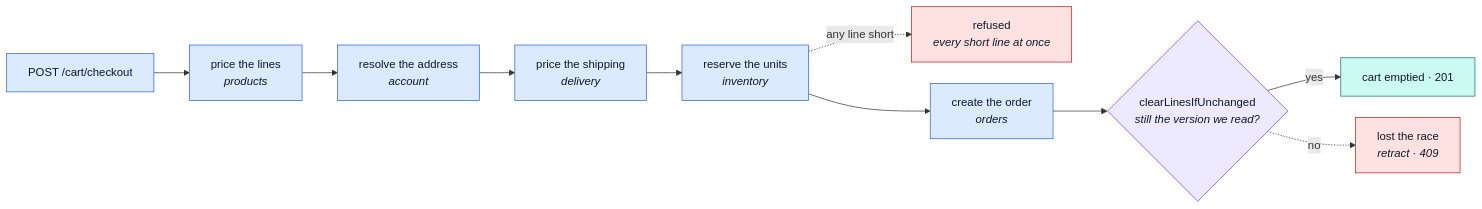
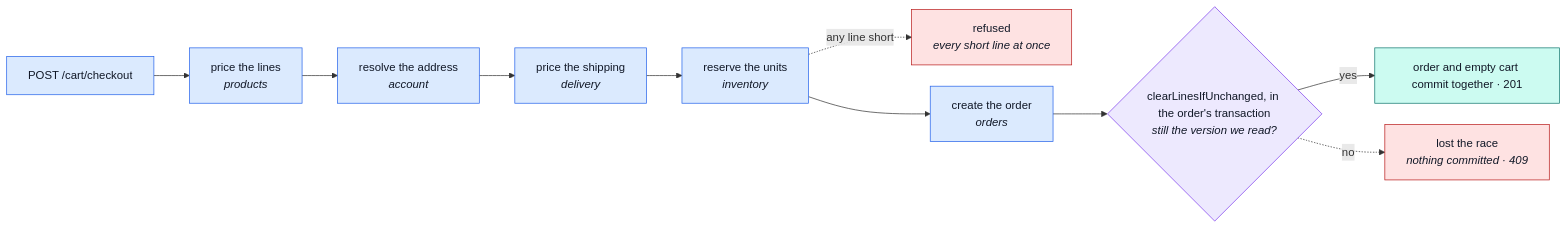
The second of 2 diagrams in docs/modules/cart.md (Guebbit/boilerplate-node-backend), drawn with Mermaid before and after one commit. The commit also changed other lines of this file and 10 other files, not shown here.

First line of the commit message:
fix(cart): clear the cart inside the order's transaction, so a lost race leaves nothing to retract

````diff
--- a/docs/modules/cart.md
+++ b/docs/modules/cart.md
@@ -89,22 +89,22 @@
 ```mermaid
 %%{init: {'flowchart': {'nodeSpacing': 30, 'rankSpacing': 50}}}%%
 flowchart LR
     A["POST /cart/checkout"] --> B["price the lines<br/><i>products</i>"]
     B --> C["resolve the address<br/><i>account</i>"]
     C --> D["price the shipping<br/><i>delivery</i>"]
     D --> E["reserve the units<br/><i>inventory</i>"]
     E -.->|"any line short"| R["refused<br/><i>every short line at once</i>"]
     E --> F["create the order<br/><i>orders</i>"]
-    F --> G{"clearLinesIfUnchanged<br/><i>still the version we read?</i>"}
-    G -->|yes| H["cart emptied · 201"]
-    G -.->|no| I["lost the race<br/><i>retract · 409</i>"]
+    F --> G{"clearLinesIfUnchanged, in the order's transaction<br/><i>still the version we read?</i>"}
+    G -->|yes| H["order and empty cart commit together · 201"]
+    G -.->|no| I["lost the race<br/><i>nothing committed · 409</i>"]
 
     classDef step fill:#dbeafe,stroke:#2563eb,color:#111827;
     classDef guard fill:#ede9fe,stroke:#7c3aed,color:#111827;
     classDef done fill:#ccfbf1,stroke:#0f766e,color:#111827;
     classDef bad fill:#fee2e2,stroke:#b91c1c,color:#111827;
     class A,B,C,D,E,F step;
     class G guard;
     class H done;
     class R,I bad;
 ```
````
